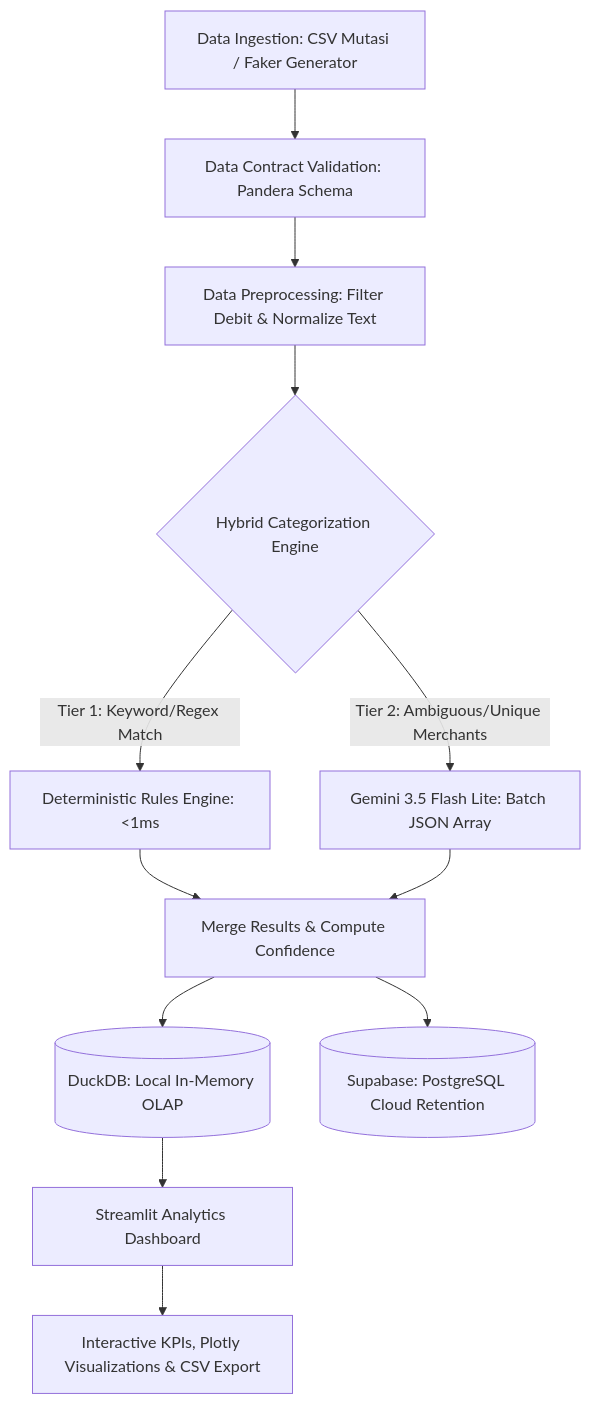
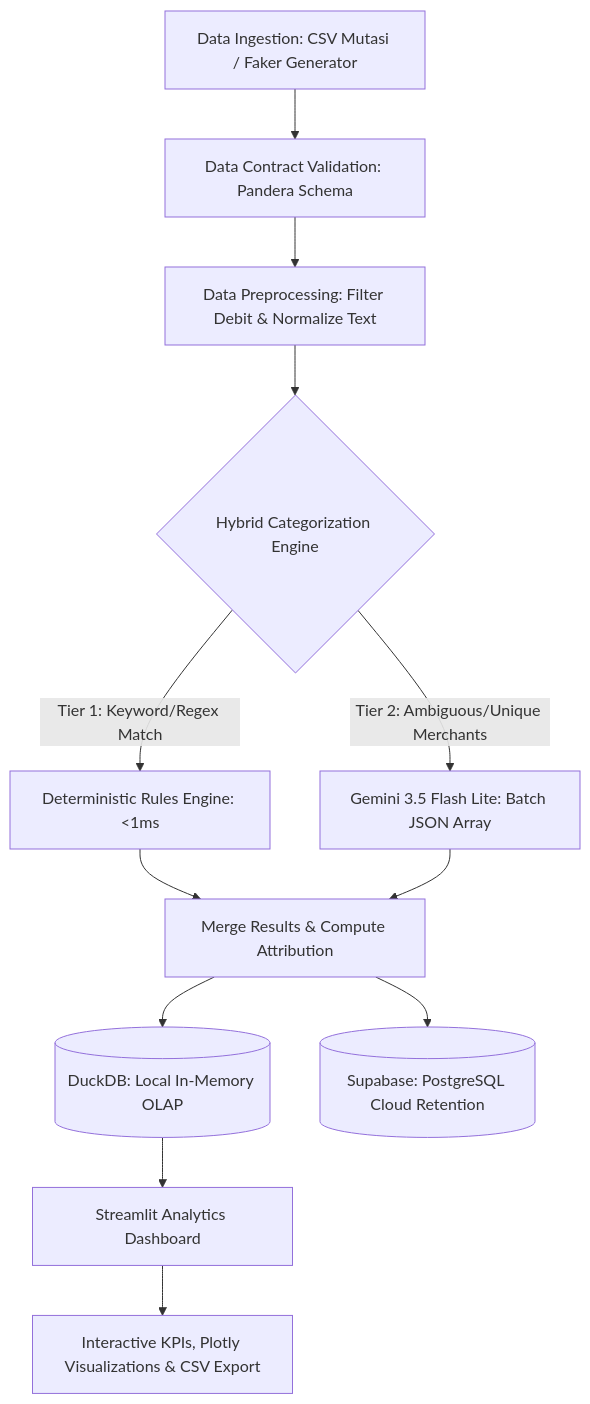
One commit to brianilham/ai-expense-categorizer changed the diagram in docs/ARCHITECTURE.md. Above: the diagram before and after it, drawn with Mermaid. The commit also changed other lines of this file and 3 other files, not shown here.

````diff
--- a/docs/ARCHITECTURE.md
+++ b/docs/ARCHITECTURE.md
@@ -5,18 +5,18 @@
 ```mermaid
 flowchart TD
     A[Data Ingestion: CSV Mutasi / Faker Generator] --> B[Data Contract Validation: Pandera Schema]
     B --> C[Data Preprocessing: Filter Debit & Normalize Text]
     C --> D{Hybrid Categorization Engine}
     
     D -->|Tier 1: Keyword/Regex Match| E[Deterministic Rules Engine: <1ms]
     D -->|Tier 2: Ambiguous/Unique Merchants| F[Gemini 3.5 Flash Lite: Batch JSON Array]
     
-    E --> G[Merge Results & Compute Confidence]
+    E --> G[Merge Results & Compute Attribution]
     F --> G
     
     G --> H[(DuckDB: Local In-Memory OLAP)]
     G --> I[(Supabase: PostgreSQL Cloud Retention)]
     
     H --> J[Streamlit Analytics Dashboard]
     J --> K[Interactive KPIs, Plotly Visualizations & CSV Export]
 ```
````
